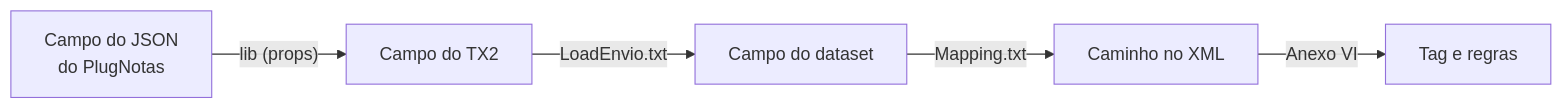
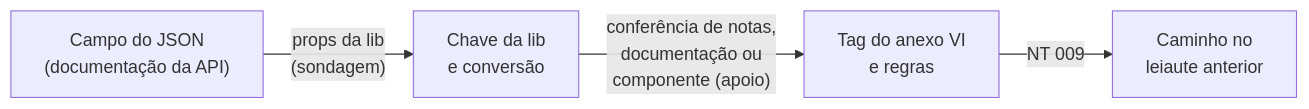
Before and after one commit to hugozuin/painel-tecnico-nfse: the diagram in ferramentas/README.md, drawn with Mermaid. The commit also changed other lines of this file and 44 other files, not shown here.

````diff
--- a/ferramentas/README.md
+++ b/ferramentas/README.md
@@ -40,7 +64,6 @@
 ```mermaid
 flowchart LR
-    JSON["Campo do JSON<br/>do PlugNotas"] -- "lib (props)" --> TX2["Campo do TX2"]
-    TX2 -- "LoadEnvio.txt" --> Dataset["Campo do dataset"]
-    Dataset -- "Mapping.txt" --> Caminho["Caminho no XML"]
-    Caminho -- "Anexo VI" --> Tag["Tag e regras"]
+    JSON["Campo do JSON<br/>(documentação da API)"] -- "props da lib<br/>(sondagem)" --> Chave["Chave da lib<br/>e conversão"]
+    Chave -- "conferência de notas,<br/>documentação ou<br/>componente (apoio)" --> Tag["Tag do anexo VI<br/>e regras"]
+    Tag -- "NT 009" --> Anterior["Caminho no<br/>leiaute anterior"]
 ```
````
